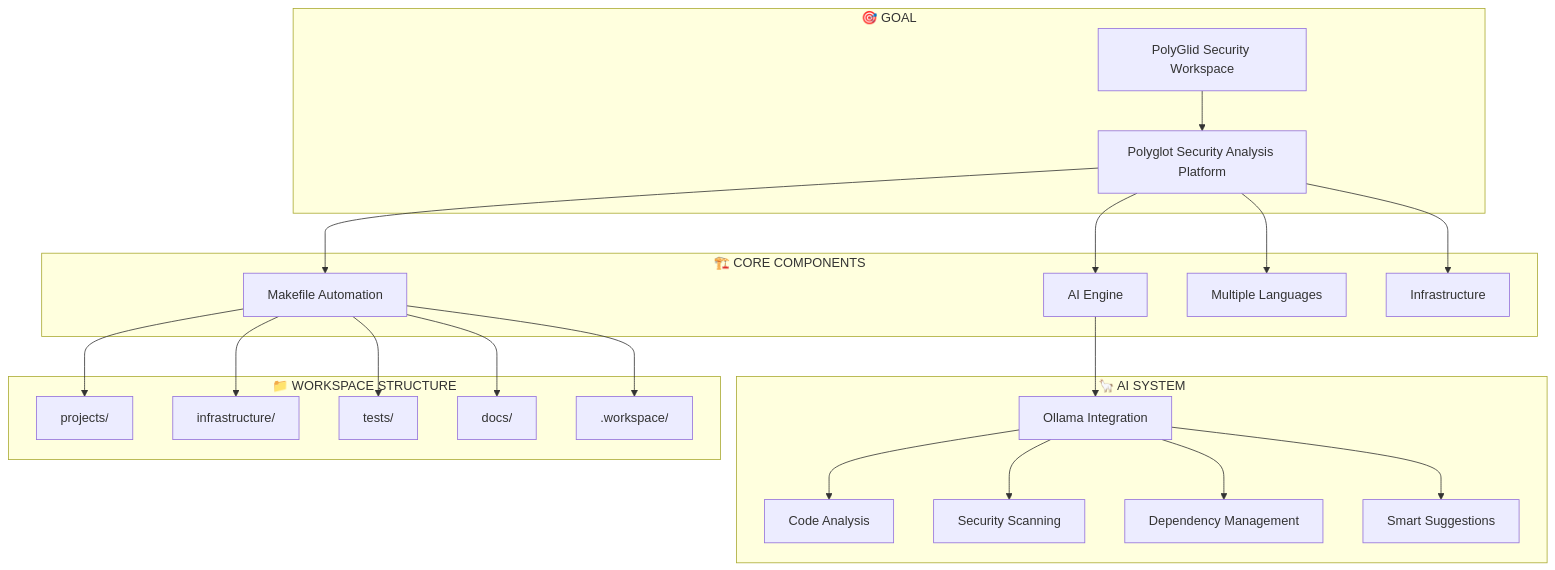
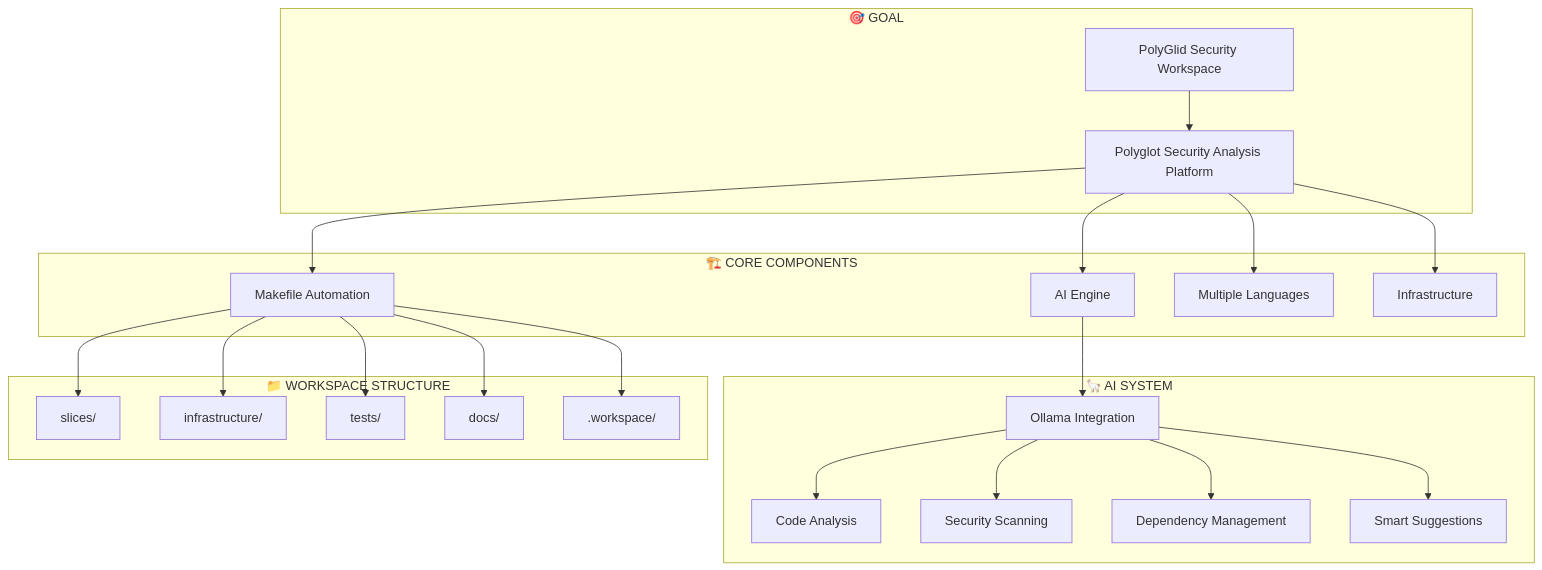
One commit to anonto42/poly.glid_security_workspace changed the first of 10 diagrams in .agents/ARCHITECTURE_FLOW.md. Above: the diagram before and after it, drawn with Mermaid. The commit also changed other lines of this file and 147 other files, not shown here.

First line of the commit message:
Restructure monorepo: rename projects/ -> slices/ with nested layout

````diff
--- a/.agents/ARCHITECTURE_FLOW.md
+++ b/.agents/ARCHITECTURE_FLOW.md
@@ -5,48 +5,48 @@
 ```mermaid
 graph TB
     subgraph "🎯 GOAL"
         G[PolyGlid Security Workspace]
         G1[Polyglot Security Analysis Platform]
     end
 
     subgraph "🏗️ CORE COMPONENTS"
         C1[Makefile Automation]
         C2[AI Engine]
         C3[Multiple Languages]
         C4[Infrastructure]
     end
 
     subgraph "🦙 AI SYSTEM"
         A1[Ollama Integration]
         A2[Code Analysis]
         A3[Security Scanning]
         A4[Dependency Management]
         A5[Smart Suggestions]
     end
 
     subgraph "📁 WORKSPACE STRUCTURE"
-        W1[projects/]
+        W1[slices/]
         W2[infrastructure/]
         W3[tests/]
         W4[docs/]
         W5[.workspace/]
     end
 
     G --> G1
     G1 --> C1
     G1 --> C2
     G1 --> C3
     G1 --> C4
 
     C2 --> A1
     A1 --> A2
     A1 --> A3
     A1 --> A4
     A1 --> A5
 
     C1 --> W1
     C1 --> W2
     C1 --> W3
     C1 --> W4
     C1 --> W5
 ```
````
